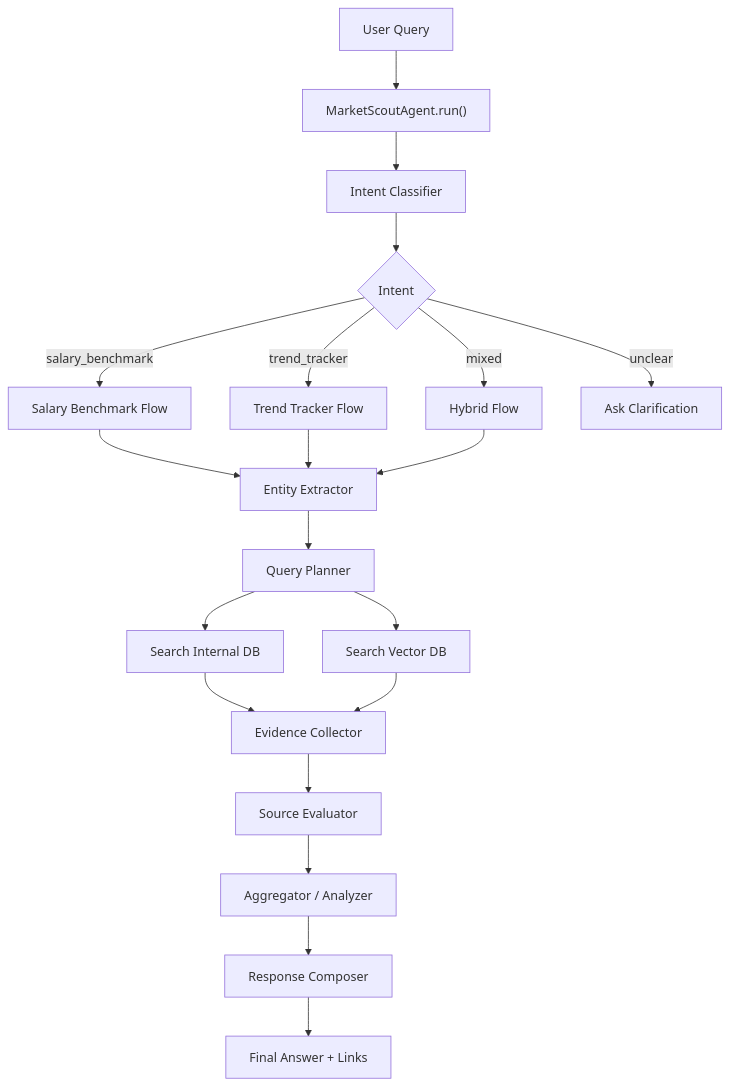
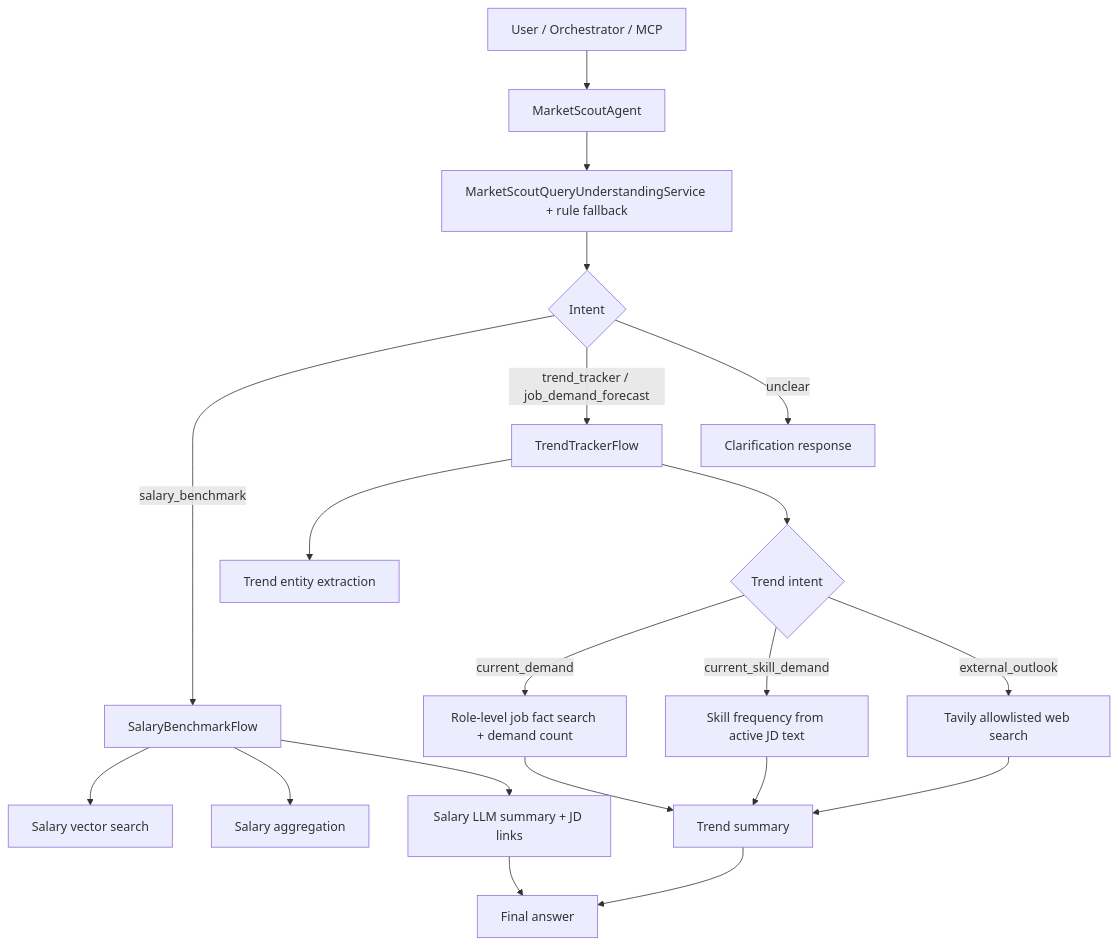
One commit to HungHoDuy/Z-MentorAI changed the diagram in backend/market_scout/README.md. Above: the diagram before and after it, drawn with Mermaid. The commit also changed other lines of this file and 8 other files, not shown here.

````diff
--- a/backend/market_scout/README.md
+++ b/backend/market_scout/README.md
@@ -17,31 +39,26 @@
 ```mermaid
 flowchart TD
-    A["User Query"] --> B["MarketScoutAgent.run()"]
-
-    B --> C["Intent Classifier"]
+    A["User / Orchestrator / MCP"] --> B["MarketScoutAgent"]
+    B --> C["MarketScoutQueryUnderstandingService + rule fallback"]
     C --> D{"Intent"}
 
-    D -->|salary_benchmark| E["Salary Benchmark Flow"]
-    D -->|trend_tracker| F["Trend Tracker Flow"]
-    D -->|mixed| G["Hybrid Flow"]
-    D -->|unclear| H["Ask Clarification"]
+    D -->|salary_benchmark| E["SalaryBenchmarkFlow"]
+    D -->|trend_tracker / job_demand_forecast| F["TrendTrackerFlow"]
+    D -->|unclear| G["Clarification response"]
 
-    E --> I["Entity Extractor"]
-    F --> I
-    G --> I
+    E --> H["Salary vector search"]
+    E --> I["Salary aggregation"]
+    E --> J["Salary LLM summary + JD links"]
 
-    I --> J["Query Planner"]
+    F --> K["Trend entity extraction"]
+    F --> L{"Trend intent"}
+    L -->|current_demand| M["Role-level job fact search + demand count"]
+    L -->|current_skill_demand| N["Skill frequency from active JD text"]
+    L -->|external_outlook| O["Tavily allowlisted web search"]
 
-    J --> K["Search Internal DB"]
-    J --> L["Search Vector DB"]
-   
-
-    K --> N["Evidence Collector"]
-    L --> N
-  
-
-    N --> O["Source Evaluator"]
-    O --> P["Aggregator / Analyzer"]
-    P --> Q["Response Composer"]
-    Q --> R["Final Answer + Links"]
+    M --> P["Trend summary"]
+    N --> P
+    O --> P
+    J --> Q["Final answer"]
+    P --> Q
 ```
````
